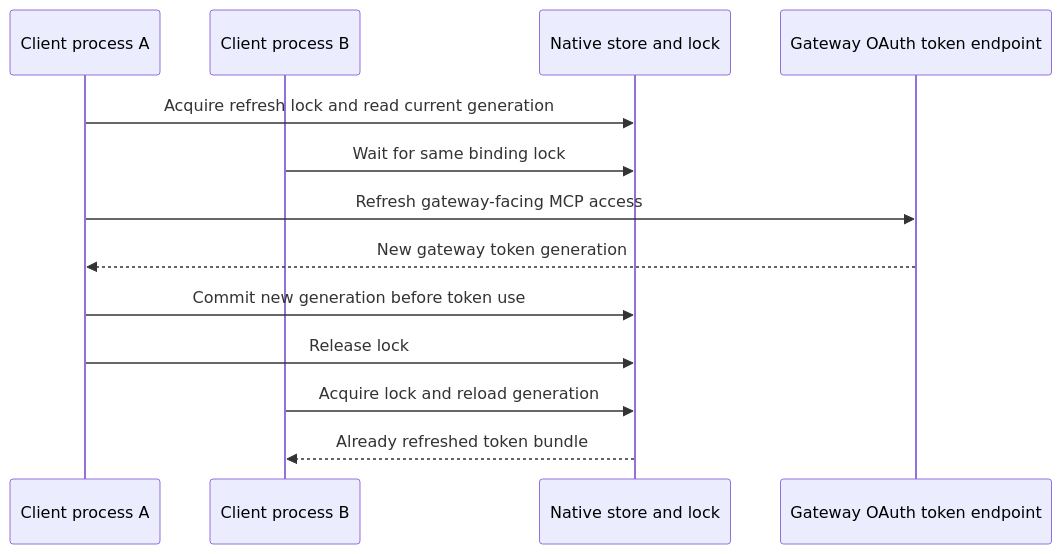
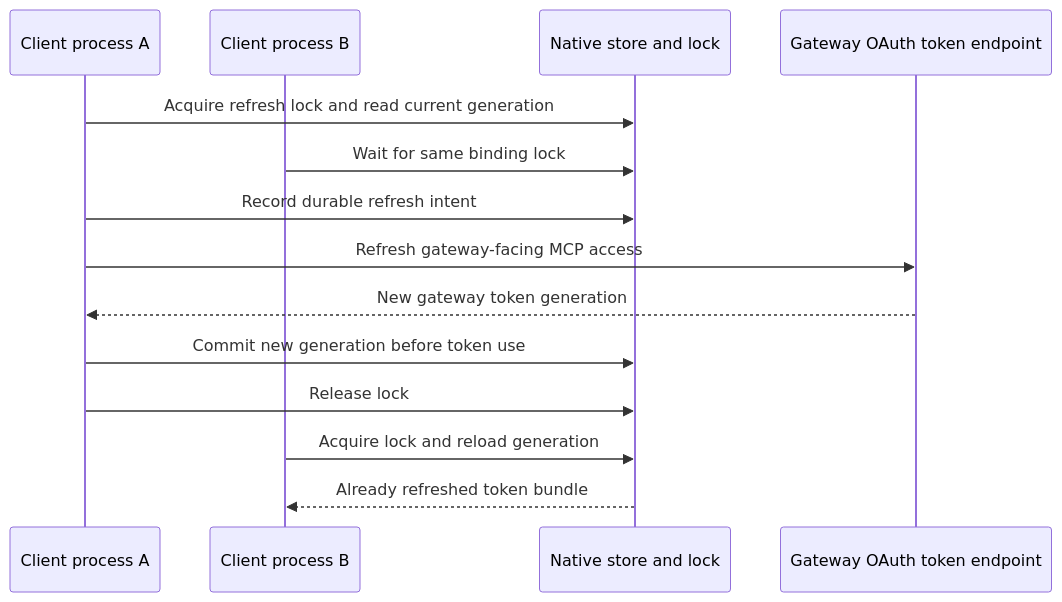
One commit to cdot65/prisma-airs-reference-architecture changed the first of 2 diagrams in docs/lifecycle.md. Above: the diagram before and after it, drawn with Mermaid. The commit also changed other lines of this file and 1 other file, not shown here.

Commit message:
docs: show durable intent in native credential lifecycle

````diff
--- a/docs/lifecycle.md
+++ b/docs/lifecycle.md
@@ -19,17 +19,18 @@
 ```mermaid
 sequenceDiagram
     accTitle: Concurrent refresh coordination
     accDescr: One client process locks the credential, exchanges the refresh token, and stores the new generation. A second process waits and reloads the saved credential.
     participant first as Client process A
     participant second as Client process B
     participant store as Native store and lock
     participant gateway as Gateway OAuth token endpoint
     first->>store: Acquire refresh lock and read current generation
     second->>store: Wait for same binding lock
+    first->>store: Record durable refresh intent
     first->>gateway: Refresh gateway-facing MCP access
     gateway-->>first: New gateway token generation
     first->>store: Commit new generation before token use
     first->>store: Release lock
     second->>store: Acquire lock and reload generation
     store-->>second: Already refreshed token bundle
 ```
````
